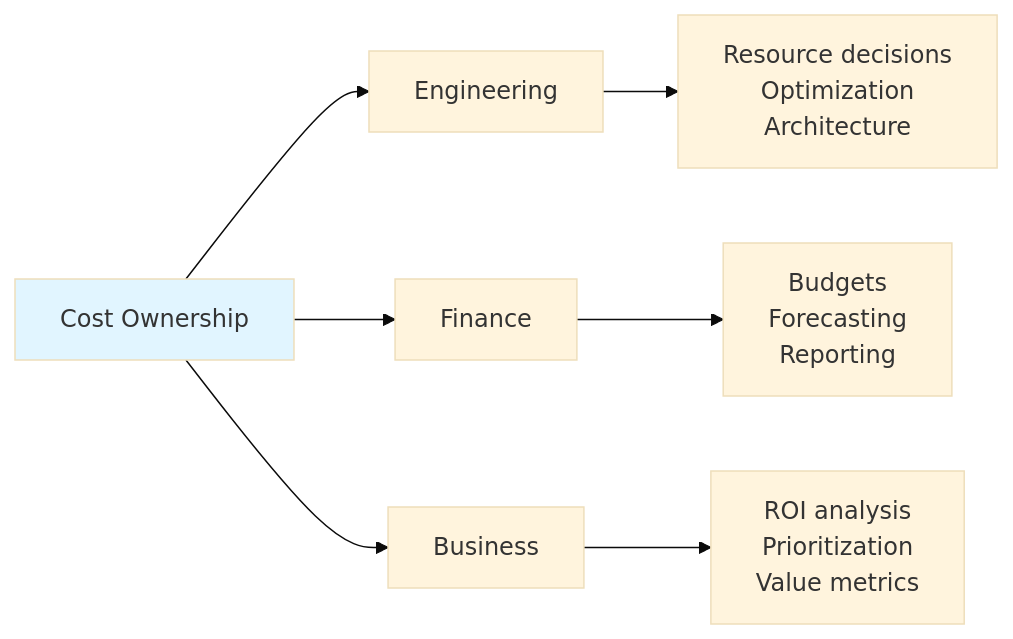
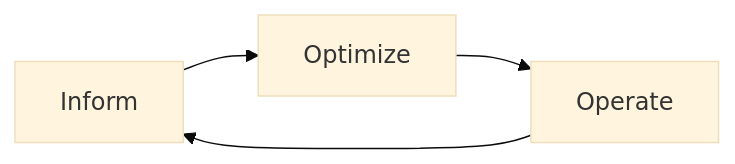
The diagram in 30-39 Strategy_Architecture/32_Cost_Management/32.06 FinOps Practices.md (LCKYN/LCKYN-KnowledgeBase), drawn with Mermaid (base theme) before and after one commit. The commit also changed other lines of this file and 17 other files, not shown here.

````diff
--- a/30-39 Strategy_Architecture/32_Cost_Management/32.06 FinOps Practices.md
+++ b/30-39 Strategy_Architecture/32_Cost_Management/32.06 FinOps Practices.md
@@ -35,12 +13,4 @@
 ```mermaid
 graph LR
-    A[Cost Ownership] --> B[Engineering]
-    A --> C[Finance]
-    A --> D[Business]
-
-    B --> E["Resource decisions<br/>Optimization<br/>Architecture"]
-    C --> F["Budgets<br/>Forecasting<br/>Reporting"]
-    D --> G["ROI analysis<br/>Prioritization<br/>Value metrics"]
-
-    style A fill:#e1f5ff
+    A[Inform] --> B[Optimize] --> C[Operate] --> A
 ```
````
